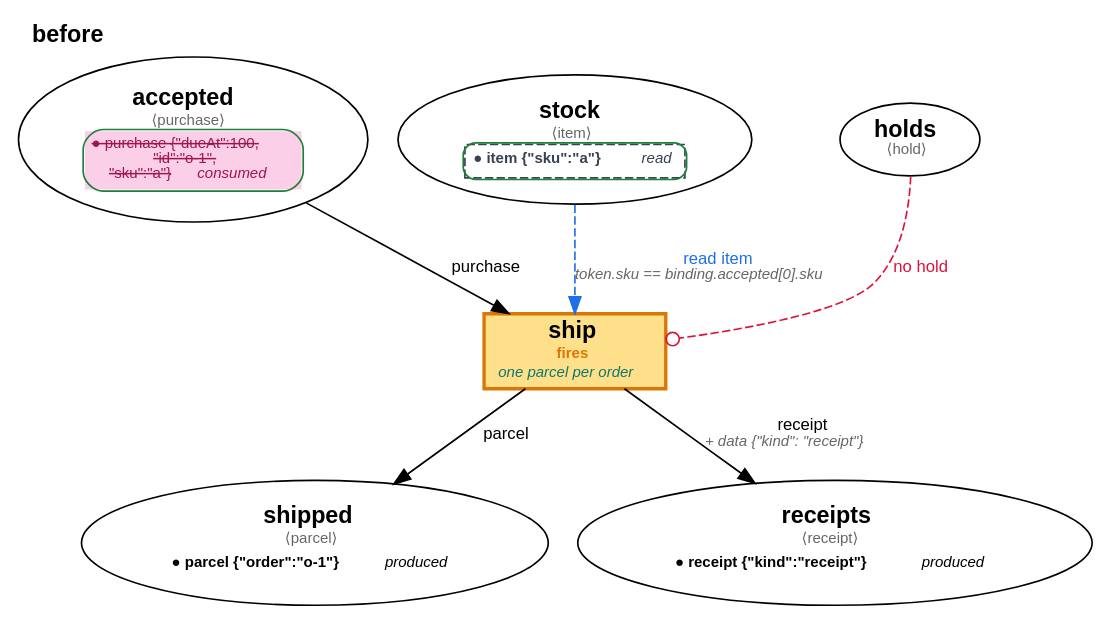
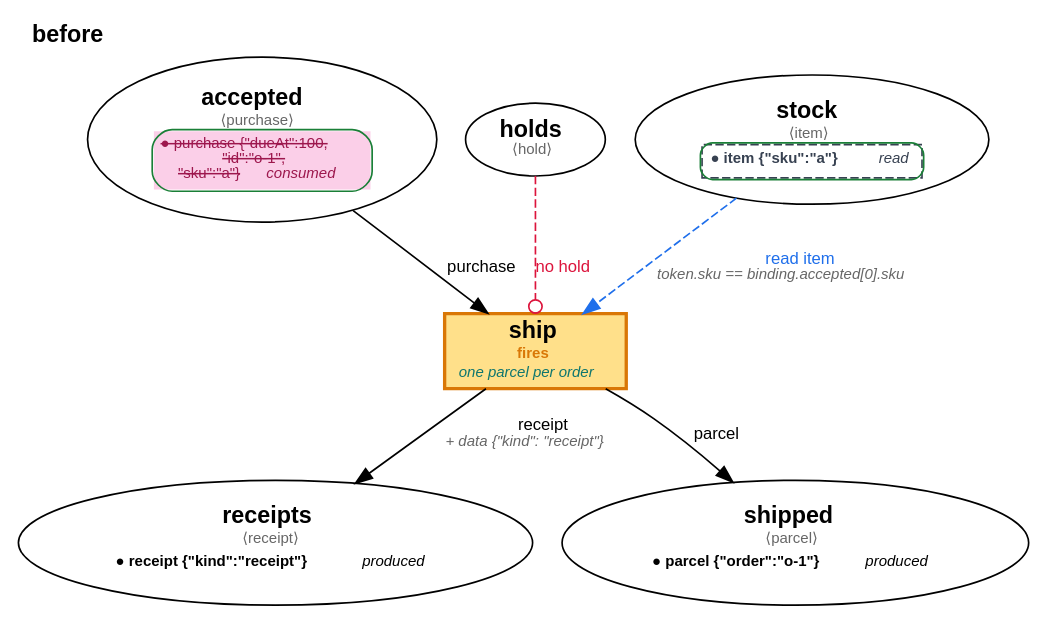
Before and after one commit to matthewryanscott/velocitron: the fourth of 5 diagrams in implementations/python/tests/fixtures/play/shop.walkthrough.md, drawn with Graphviz. The commit also changed other lines of this file and 18 other files, not shown here.

````diff
--- a/implementations/python/tests/fixtures/play/shop.walkthrough.md
+++ b/implementations/python/tests/fixtures/play/shop.walkthrough.md
@@ -82,22 +82,22 @@
 ```dot
 digraph net {
     rankdir=TB;
     label=<<b>before</b>>; labelloc=t; labeljust=l; fontname="Helvetica";
     node [fontname="Helvetica"];
     edge [fontname="Helvetica", fontsize=10];
 
     "accepted" [shape=ellipse, label=<<table border="0" cellborder="0" cellspacing="0" cellpadding="0"><tr><td align="center"><b>accepted</b></td></tr><tr><td align="center"><font point-size="9" color="#666666">&#10216;purchase&#10217;</font></td></tr><tr><td align="center"><table border="1" cellborder="0" cellspacing="0" cellpadding="4" style="rounded" color="#1a7f37"><tr><td align="left" bgcolor="#FBCFE8"><font point-size="9" color="#9D174D"><s>● purchase {"dueAt":100,<br/>"id":"o-1",<br/>"sku":"a"}</s> <i>consumed</i></font></td></tr></table></td></tr></table>>, tooltip="purchase {\"dueAt\":100,\"id\":\"o-1\",\"sku\":\"a\"}"];
+    "holds" [shape=ellipse, label=<<b>holds</b><br/><font point-size="9" color="#666666">&#10216;hold&#10217;</font>>];
+    "stock" [shape=ellipse, label=<<table border="0" cellborder="0" cellspacing="0" cellpadding="0"><tr><td align="center"><b>stock</b></td></tr><tr><td align="center"><font point-size="9" color="#666666">&#10216;item&#10217;</font></td></tr><tr><td align="center"><table border="1" cellborder="0" cellspacing="0" cellpadding="4" style="rounded" color="#1a7f37"><tr><td align="left" border="1" style="dashed" color="#374151"><font point-size="9" color="#374151"><b>● item {"sku":"a"}</b> <i>read</i></font></td></tr></table></td></tr></table>>, tooltip="item {\"sku\":\"a\"}"];
+    "receipts" [shape=ellipse, label=<<table border="0" cellborder="0" cellspacing="0" cellpadding="0"><tr><td align="center"><b>receipts</b></td></tr><tr><td align="center"><font point-size="9" color="#666666">&#10216;receipt&#10217;</font></td></tr><tr><td align="center"><table border="1" cellborder="0" cellspacing="0" cellpadding="4" style="rounded" color="#00000000"><tr><td align="left"><font point-size="9" color="#00000000"><b>● receipt {"kind":"receipt"}</b> <i>produced</i></font></td></tr></table></td></tr></table>>];
     "shipped" [shape=ellipse, label=<<table border="0" cellborder="0" cellspacing="0" cellpadding="0"><tr><td align="center"><b>shipped</b></td></tr><tr><td align="center"><font point-size="9" color="#666666">&#10216;parcel&#10217;</font></td></tr><tr><td align="center"><table border="1" cellborder="0" cellspacing="0" cellpadding="4" style="rounded" color="#00000000"><tr><td align="left"><font point-size="9" color="#00000000"><b>● parcel {"order":"o-1"}</b> <i>produced</i></font></td></tr></table></td></tr></table>>];
-    "stock" [shape=ellipse, label=<<table border="0" cellborder="0" cellspacing="0" cellpadding="0"><tr><td align="center"><b>stock</b></td></tr><tr><td align="center"><font point-size="9" color="#666666">&#10216;item&#10217;</font></td></tr><tr><td align="center"><table border="1" cellborder="0" cellspacing="0" cellpadding="4" style="rounded" color="#1a7f37"><tr><td align="left" border="1" style="dashed" color="#374151"><font point-size="9" color="#374151"><b>● item {"sku":"a"}</b> <i>read</i></font></td></tr></table></td></tr></table>>, tooltip="item {\"sku\":\"a\"}"];
-    "holds" [shape=ellipse, label=<<b>holds</b><br/><font point-size="9" color="#666666">&#10216;hold&#10217;</font>>];
-    "receipts" [shape=ellipse, label=<<table border="0" cellborder="0" cellspacing="0" cellpadding="0"><tr><td align="center"><b>receipts</b></td></tr><tr><td align="center"><font point-size="9" color="#666666">&#10216;receipt&#10217;</font></td></tr><tr><td align="center"><table border="1" cellborder="0" cellspacing="0" cellpadding="4" style="rounded" color="#00000000"><tr><td align="left"><font point-size="9" color="#00000000"><b>● receipt {"kind":"receipt"}</b> <i>produced</i></font></td></tr></table></td></tr></table>>];
 
     "ship" [shape=box, style=filled, fillcolor=lightyellow, label=<<table border="0" cellborder="0" cellspacing="0" cellpadding="0"><tr><td align="center"><b>ship</b></td></tr><tr><td align="center"><table border="0" cellborder="0" cellspacing="0" cellpadding="0"><tr><td fixedsize="true" width="34" height="12"><font point-size="9" color="#D97706"><b>fires</b></font></td></tr></table></td></tr><tr><td align="center"><font point-size="9" color="#0F766E"><i>one parcel per order</i></font></td></tr></table>>, fillcolor="#FFE08A", color="#D97706", penwidth=2];
 
     "accepted" -> "ship" [label=<<font point-size="10">purchase</font>>];
+    "holds" -> "ship" [label=<<font point-size="10"><font color="crimson">no hold</font></font>>, arrowhead=odot, color="crimson", style=dashed];
+    "stock" -> "ship" [label=<<font point-size="10"><font color="#1f6feb">read item</font></font><br/><font point-size="9" color="#666666"><i>token.sku == binding.accepted[0].sku</i></font>>, color="#1f6feb", style=dashed];
+    "ship" -> "receipts" [label=<<font point-size="10">receipt</font><br/><font point-size="9" color="#666666"><i>+ data {"kind": "receipt"}</i></font>>];
     "ship" -> "shipped" [label=<<font point-size="10">parcel</font>>];
-    "stock" -> "ship" [label=<<font point-size="10"><font color="#1f6feb">read item</font></font><br/><font point-size="9" color="#666666"><i>token.sku == binding.accepted[0].sku</i></font>>, color="#1f6feb", style=dashed];
-    "holds" -> "ship" [label=<<font point-size="10"><font color="crimson">no hold</font></font>>, arrowhead=odot, color="crimson", style=dashed];
-    "ship" -> "receipts" [label=<<font point-size="10">receipt</font><br/><font point-size="9" color="#666666"><i>+ data {"kind": "receipt"}</i></font>>];
 }
 ```
````
